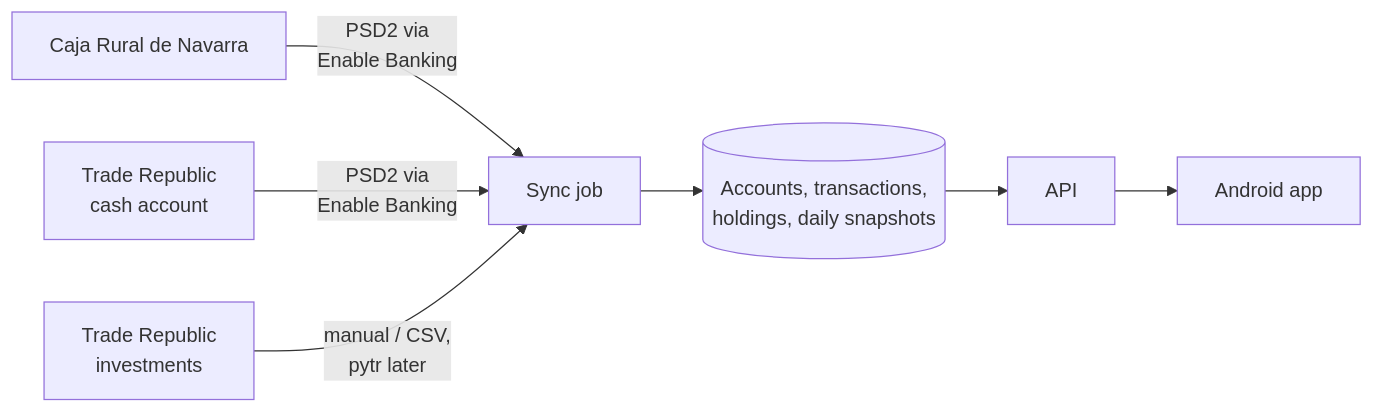
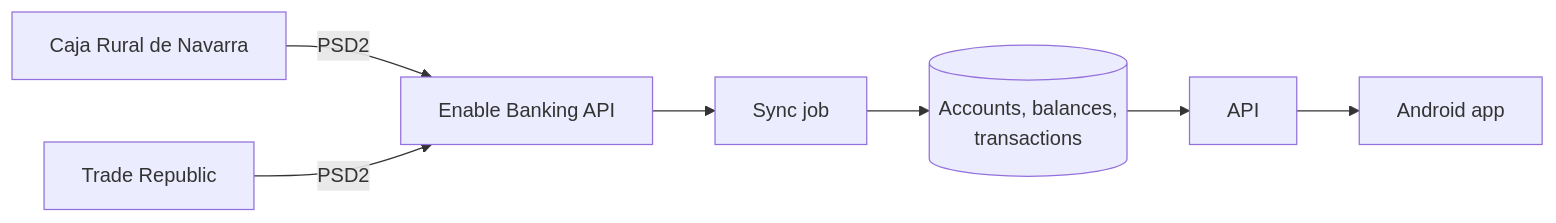
One commit to chelomama-dev/finances-hub changed the first of 2 diagrams in README.md. Above: the diagram before and after it, drawn with Mermaid. The commit also changed other lines of this file, not shown here.

Commit message:
Narrow the README to balances and transactions from Enable Banking

````diff
--- a/README.md
+++ b/README.md
@@ -14,9 +27,8 @@
 ```mermaid
 flowchart LR
-    A[Caja Rural de Navarra] -->|PSD2 via<br/>Enable Banking| S[Sync job]
-    B[Trade Republic<br/>cash account] -->|PSD2 via<br/>Enable Banking| S
-    C[Trade Republic<br/>investments] -->|manual / CSV,<br/>pytr later| S
-    S --> D[(Accounts, transactions,<br/>holdings, daily snapshots)]
-    D --> E[API]
-    E --> F[Android app]
+    crn[Caja Rural de Navarra] -->|PSD2| eb[Enable Banking API]
+    tr[Trade Republic] -->|PSD2| eb
+    eb --> sync[Sync job]
+    sync --> db[(Accounts, balances,<br/>transactions)]
+    db --> api[API] --> app[Android app]
 ```
````
